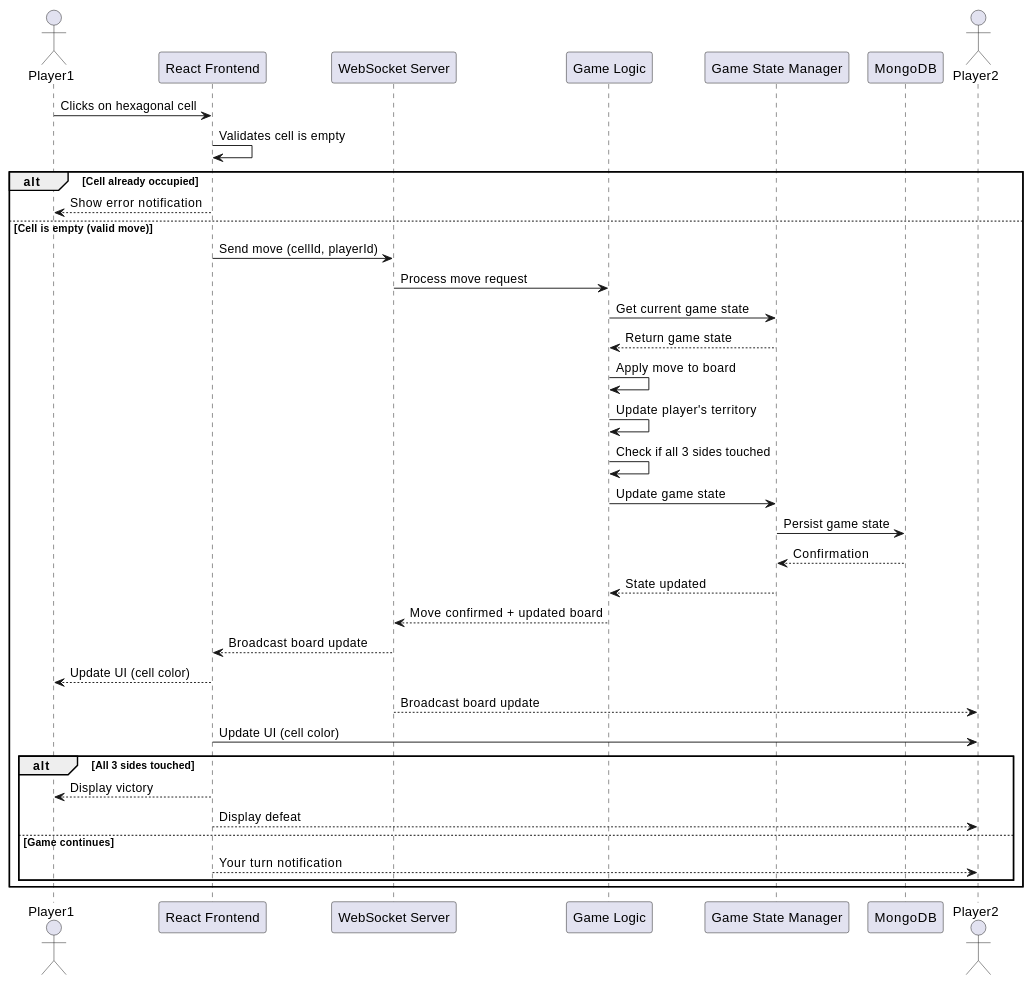
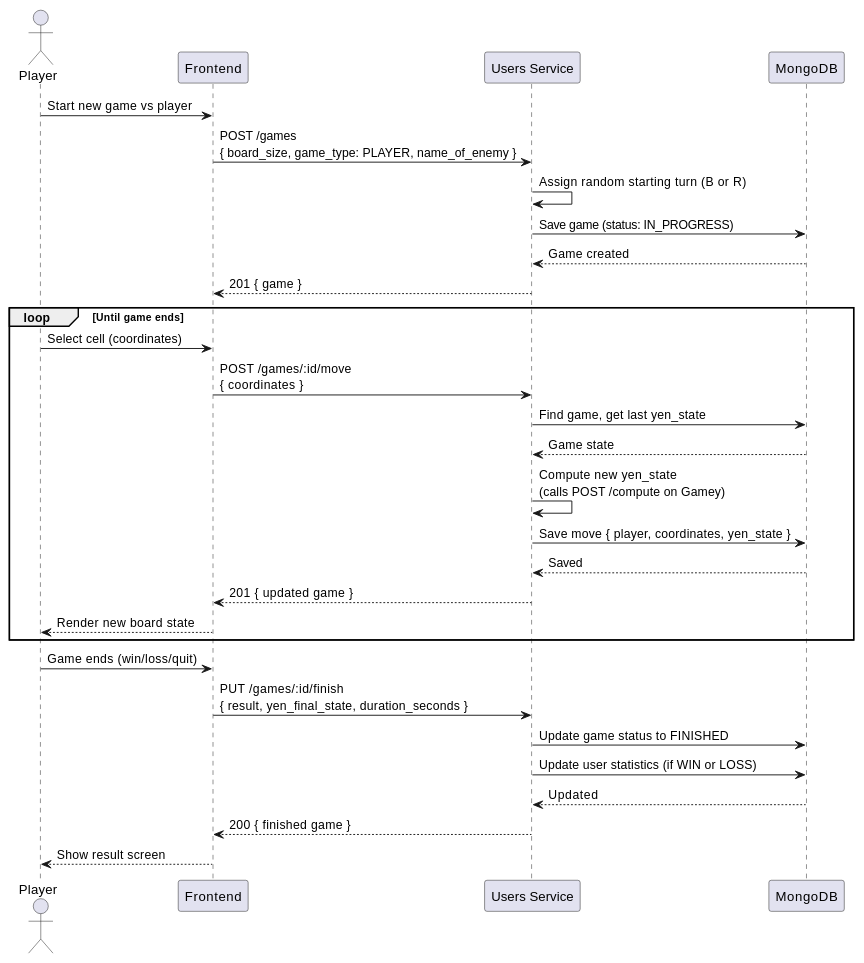
The second of 4 diagrams in docs/src/06_runtime_view.adoc (Arquisoft/yovi_en1b), drawn with PlantUML before and after one commit. The commit also changed other lines of this file, not shown here.

```diff
--- a/docs/src/06_runtime_view.adoc
+++ b/docs/src/06_runtime_view.adoc
@@ -46,41 +57,36 @@
-[plantuml,"player-move-sequence",png]
+[plantuml,"pvp-sequence",png]
 ----
 @startuml
-actor Player1
-participant "React Frontend" as FE
-participant "WebSocket Server" as WS
-participant "Game Logic" as GL
-participant "Game State Manager" as GSM
+actor Player
+participant "Frontend" as FE
+participant "Users Service" as USERS
 participant "MongoDB" as DB
-actor Player2
 
-Player1 -> FE: Clicks on hexagonal cell
-FE -> FE: Validates cell is empty
-alt Cell already occupied
-    FE --> Player1: Show error notification
-else Cell is empty (valid move)
-    FE -> WS: Send move (cellId, playerId)
-    WS -> GL: Process move request
-    GL -> GSM: Get current game state
-    GSM --> GL: Return game state
-    GL -> GL: Apply move to board
-    GL -> GL: Update player's territory
-    GL -> GL: Check if all 3 sides touched
-    GL -> GSM: Update game state
-    GSM -> DB: Persist game state
-    DB --> GSM: Confirmation
-    GSM --> GL: State updated
-    GL --> WS: Move confirmed + updated board
-    WS --> FE: Broadcast board update
-    FE --> Player1: Update UI (cell color)
-    WS --> Player2: Broadcast board update
-    Player2 <- FE: Update UI (cell color)
-    alt All 3 sides touched
-        FE --> Player1: Display victory
-        FE --> Player2: Display defeat
-    else Game continues
-        FE --> Player2: Your turn notification
-    end
+Player -> FE: Start new game vs player
+FE -> USERS: POST /games\n{ board_size, game_type: PLAYER, name_of_enemy }
+USERS -> USERS: Assign random starting turn (B or R)
+USERS -> DB: Save game (status: IN_PROGRESS)
+DB --> USERS: Game created
+USERS --> FE: 201 { game }
+
+loop Until game ends
+    Player -> FE: Select cell (coordinates)
+    FE -> USERS: POST /games/:id/move\n{ coordinates }
+    USERS -> DB: Find game, get last yen_state
+    DB --> USERS: Game state
+    USERS -> USERS: Compute new yen_state\n(calls POST /compute on Gamey)
+    USERS -> DB: Save move { player, coordinates, yen_state }
+    DB --> USERS: Saved
+    USERS --> FE: 201 { updated game }
+    FE --> Player: Render new board state
 end
+
+Player -> FE: Game ends (win/loss/quit)
+FE -> USERS: PUT /games/:id/finish\n{ result, yen_final_state, duration_seconds }
+USERS -> DB: Update game status to FINISHED
+USERS -> DB: Update user statistics (if WIN or LOSS)
+DB --> USERS: Updated
+USERS --> FE: 200 { finished game }
+FE --> Player: Show result screen
 @enduml
 ----
```
